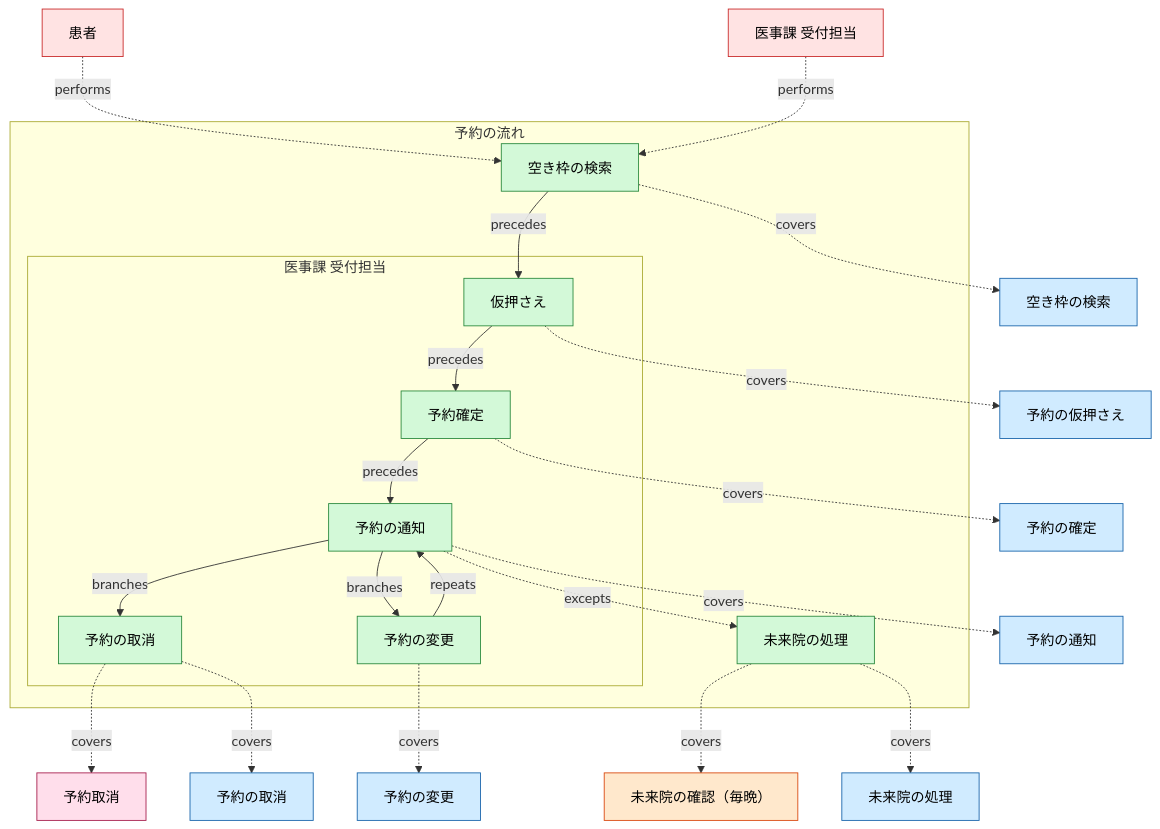
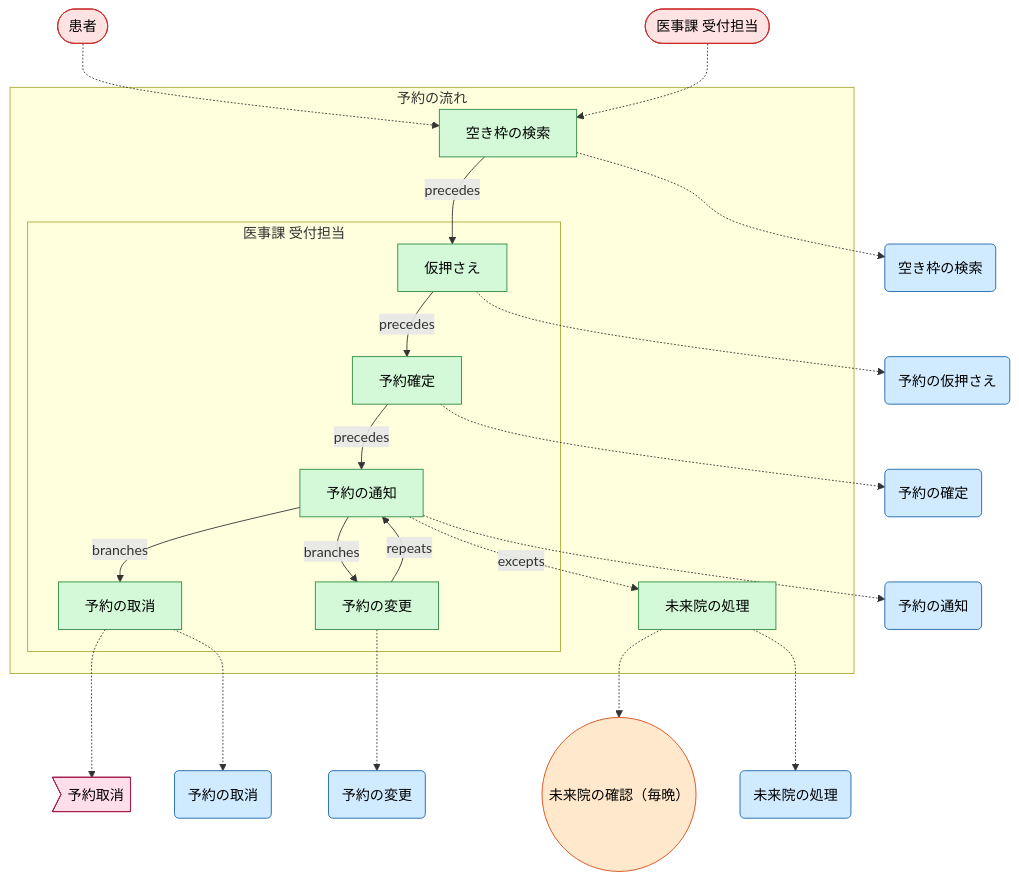
One commit to manji-0/rdra-ish-dsl changed the fifth of 12 diagrams in samples/clinic-ops/prd.md. Above: the diagram before and after it, drawn with Mermaid. The commit also changed other lines of this file and 95 other files, not shown here.

````diff
--- a/samples/clinic-ops/prd.md
+++ b/samples/clinic-ops/prd.md
@@ -434,63 +434,63 @@
 ```mermaid
 %% rdra-ish diagram=flow scope=buc:BucAppointmentScheduling model=samples/clinic-ops
 %% kinds: flow step lane actor timer usecase event
 %% omitted: buc
 flowchart TD
   subgraph flow__AppointmentFlow["予約の流れ"]
     step__AvailabilityStep["空き枠の検索"]:::step
     step__NoShowStep["未来院の処理"]:::step
     subgraph lane__AppointmentFlow__ReceptionClerk["医事課 受付担当"]
       %% lane lane__AppointmentFlow__ReceptionClerk: actor__ReceptionClerk
       step__BookStep["予約確定"]:::step
       step__CancelStep["予約の取消"]:::step
       step__NoticeStep["予約の通知"]:::step
       step__RescheduleStep["予約の変更"]:::step
       step__ReserveStep["仮押さえ"]:::step
     end
   end
-  actor__Patient["患者"]:::actor
+  actor__Patient(["患者"]):::actor
   %% desc actor__Patient: 病院で診療を受ける人。
-  actor__ReceptionClerk["医事課 受付担当"]:::actor
+  actor__ReceptionClerk(["医事課 受付担当"]):::actor
   %% desc actor__ReceptionClerk: 初診・再診の受付、資格確認、紹介状の受付、予約を行う事務職員。
-  timer__NoShowSweep["未来院の確認（毎晩）"]:::timer
-  usecase__BookAppointment["予約の確定"]:::usecase
+  timer__NoShowSweep(("未来院の確認（毎晩）")):::timer
+  usecase__BookAppointment("予約の確定"):::usecase
   %% desc usecase__BookAppointment: 予約確定と予約枠更新。
-  usecase__CancelAppointment["予約の取消"]:::usecase
+  usecase__CancelAppointment("予約の取消"):::usecase
   %% desc usecase__CancelAppointment: 取消理由と予約枠更新。
-  usecase__MarkNoShow["未来院の処理"]:::usecase
+  usecase__MarkNoShow("未来院の処理"):::usecase
   %% desc usecase__MarkNoShow: タイマー起動の未来院処理。
-  usecase__RescheduleAppointment["予約の変更"]:::usecase
+  usecase__RescheduleAppointment("予約の変更"):::usecase
   %% desc usecase__RescheduleAppointment: 予約を変更する。予約の状態は変わらない。
-  usecase__ReserveAppointment["予約の仮押さえ"]:::usecase
+  usecase__ReserveAppointment("予約の仮押さえ"):::usecase
   %% desc usecase__ReserveAppointment: 仮押さえで Appointment を作る。
-  usecase__SearchAvailability["空き枠の検索"]:::usecase
+  usecase__SearchAvailability("空き枠の検索"):::usecase
   %% desc usecase__SearchAvailability: 予約枠を検索する。参照だけの API。
-  usecase__SendAppointmentNotice["予約の通知"]:::usecase
+  usecase__SendAppointmentNotice("予約の通知"):::usecase
   %% desc usecase__SendAppointmentNotice: 予約イベントからの通知作成。
-  event__EvAppointmentCancelled["予約取消"]:::event
-  actor__Patient -.->|performs| step__AvailabilityStep
-  actor__ReceptionClerk -.->|performs| step__AvailabilityStep
-  step__AvailabilityStep -.->|covers| usecase__SearchAvailability
+  event__EvAppointmentCancelled>"予約取消"]:::event
+  actor__Patient -.-> step__AvailabilityStep
+  actor__ReceptionClerk -.-> step__AvailabilityStep
+  step__AvailabilityStep -.-> usecase__SearchAvailability
   step__AvailabilityStep -->|precedes| step__ReserveStep
-  step__BookStep -.->|covers| usecase__BookAppointment
+  step__BookStep -.-> usecase__BookAppointment
   step__BookStep -->|precedes| step__NoticeStep
-  step__CancelStep -.->|covers| event__EvAppointmentCancelled
-  step__CancelStep -.->|covers| usecase__CancelAppointment
-  step__NoShowStep -.->|covers| timer__NoShowSweep
-  step__NoShowStep -.->|covers| usecase__MarkNoShow
+  step__CancelStep -.-> event__EvAppointmentCancelled
+  step__CancelStep -.-> usecase__CancelAppointment
+  step__NoShowStep -.-> timer__NoShowSweep
+  step__NoShowStep -.-> usecase__MarkNoShow
   step__NoticeStep -->|branches| step__CancelStep
   step__NoticeStep -->|branches| step__RescheduleStep
-  step__NoticeStep -.->|covers| usecase__SendAppointmentNotice
+  step__NoticeStep -.-> usecase__SendAppointmentNotice
   step__NoticeStep -.->|excepts| step__NoShowStep
-  step__RescheduleStep -.->|covers| usecase__RescheduleAppointment
+  step__RescheduleStep -.-> usecase__RescheduleAppointment
   step__RescheduleStep -->|repeats| step__NoticeStep
-  step__ReserveStep -.->|covers| usecase__ReserveAppointment
+  step__ReserveStep -.-> usecase__ReserveAppointment
   step__ReserveStep -->|precedes| step__BookStep
   classDef flow fill:#d3f9d8,stroke:#2b8a3e,color:#000;
   classDef step fill:#d3f9d8,stroke:#2b8a3e,color:#000;
   classDef lane fill:#d3f9d8,stroke:#2b8a3e,color:#000;
   classDef actor fill:#ffe3e3,stroke:#c92a2a,color:#000;
   classDef timer fill:#ffe8cc,stroke:#d9480f,color:#000;
   classDef usecase fill:#d0ebff,stroke:#1864ab,color:#000;
   classDef event fill:#ffdeeb,stroke:#a61e4d,color:#000;
 ```
````
